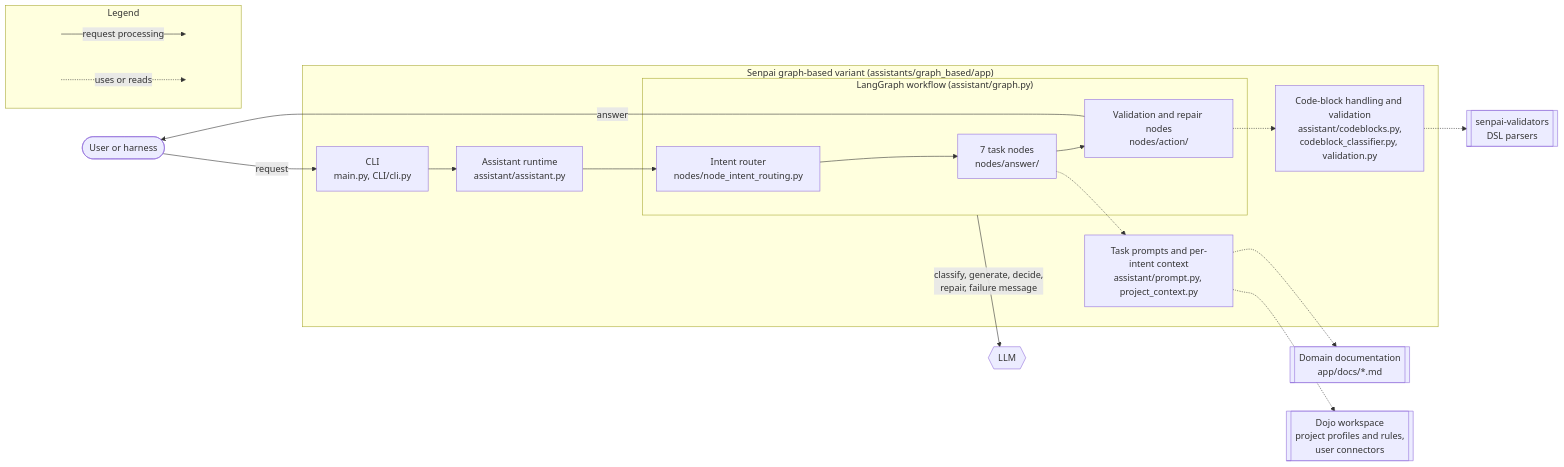
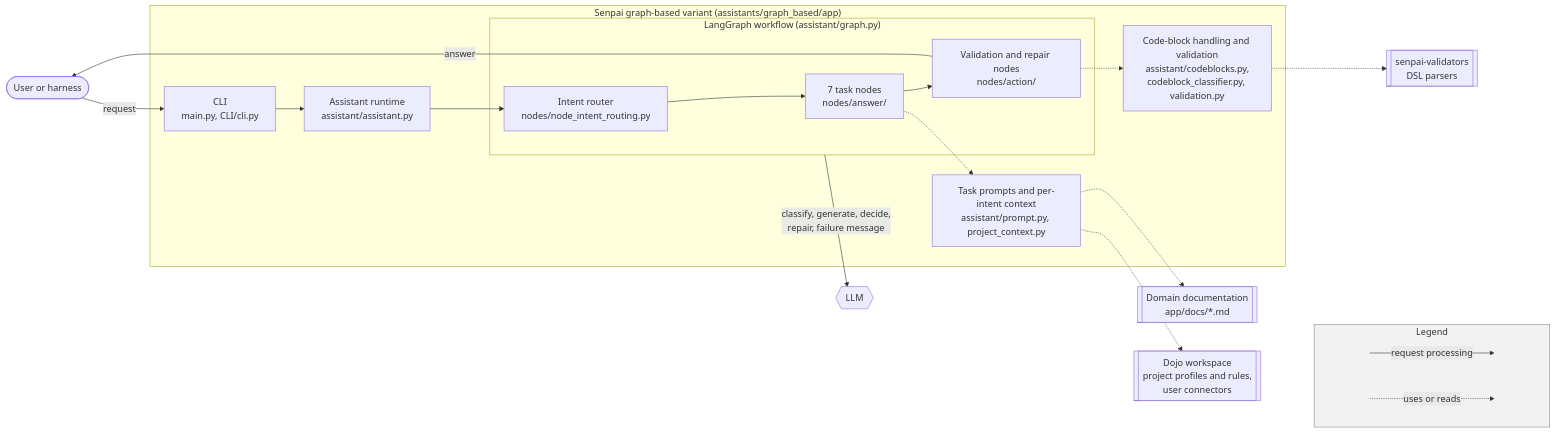
One commit to miso-booster/senpai-experiments changed the first of 3 diagrams in docs/architecture/graph-based.md. Above: the diagram before and after it, drawn with Mermaid. The commit also changed 2 other files, not shown here.

Commit message:
Move the legends to the bottom right of the component views, in a grey box

````diff
--- a/docs/architecture/graph-based.md
+++ b/docs/architecture/graph-based.md
@@ -9,35 +9,37 @@
 ```mermaid
 flowchart LR
     user([User or harness])
     subgraph senpai["Senpai graph-based variant (assistants/graph_based/app)"]
         cli["CLI<br/>main.py, CLI/cli.py"]
         asst["Assistant runtime<br/>assistant/assistant.py"]
         subgraph wf["LangGraph workflow (assistant/graph.py)"]
             router["Intent router<br/>nodes/node_intent_routing.py"]
             tasks["7 task nodes<br/>nodes/answer/"]
             qa["Validation and repair nodes<br/>nodes/action/"]
         end
         ctx["Task prompts and per-intent context<br/>assistant/prompt.py, project_context.py"]
         val["Code-block handling and validation<br/>assistant/codeblocks.py,<br/>codeblock_classifier.py, validation.py"]
     end
     llm{{"LLM"}}
     docs[["Domain documentation<br/>app/docs/*.md"]]
     ws[["Dojo workspace<br/>project profiles and rules,<br/>user connectors"]]
     pv[["senpai-validators<br/>DSL parsers"]]
 
     user -->|request| cli --> asst --> router
     router --> tasks --> qa
     tasks -.-> ctx
     ctx -.-> docs
     ctx -.-> ws
     qa -.-> val -.-> pv
     wf -->|"classify, generate, decide,<br/>repair, failure message"| llm
     qa -->|answer| user
 
     subgraph legend["Legend"]
         direction LR
         la[" "]:::ghost -->|request processing| lb[" "]:::ghost
         lc[" "]:::ghost -.->|uses or reads| ld[" "]:::ghost
     end
+    ws ~~~ legend
     classDef ghost fill:none,stroke:none
+    style legend fill:#f2f2f2,stroke:#888
 ```
````
